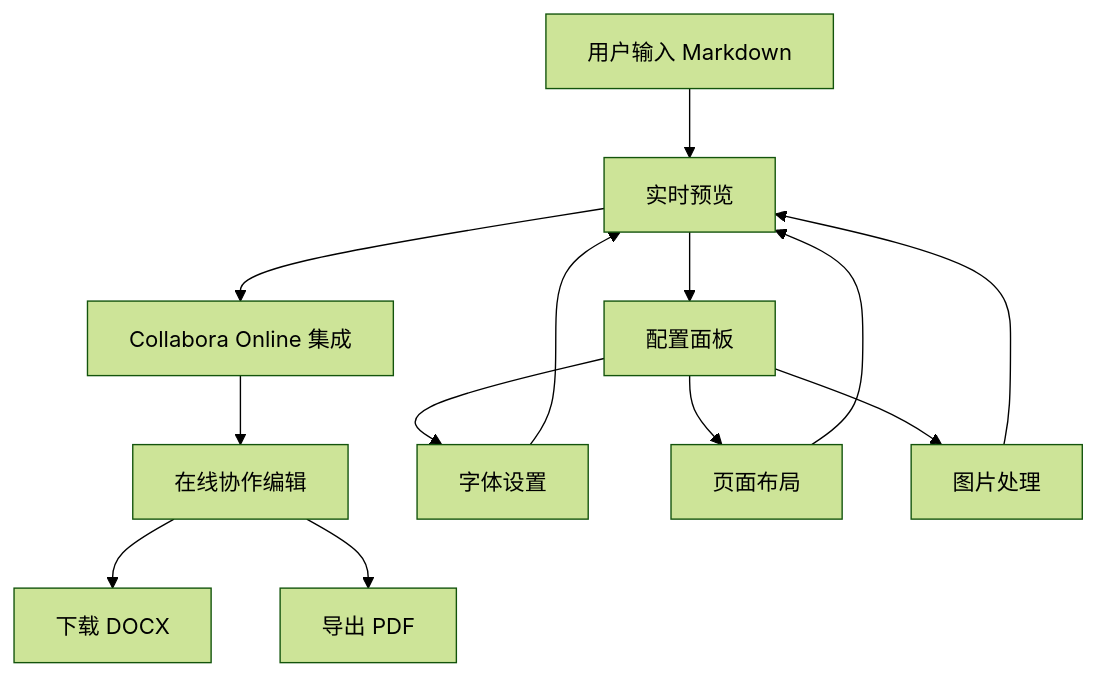
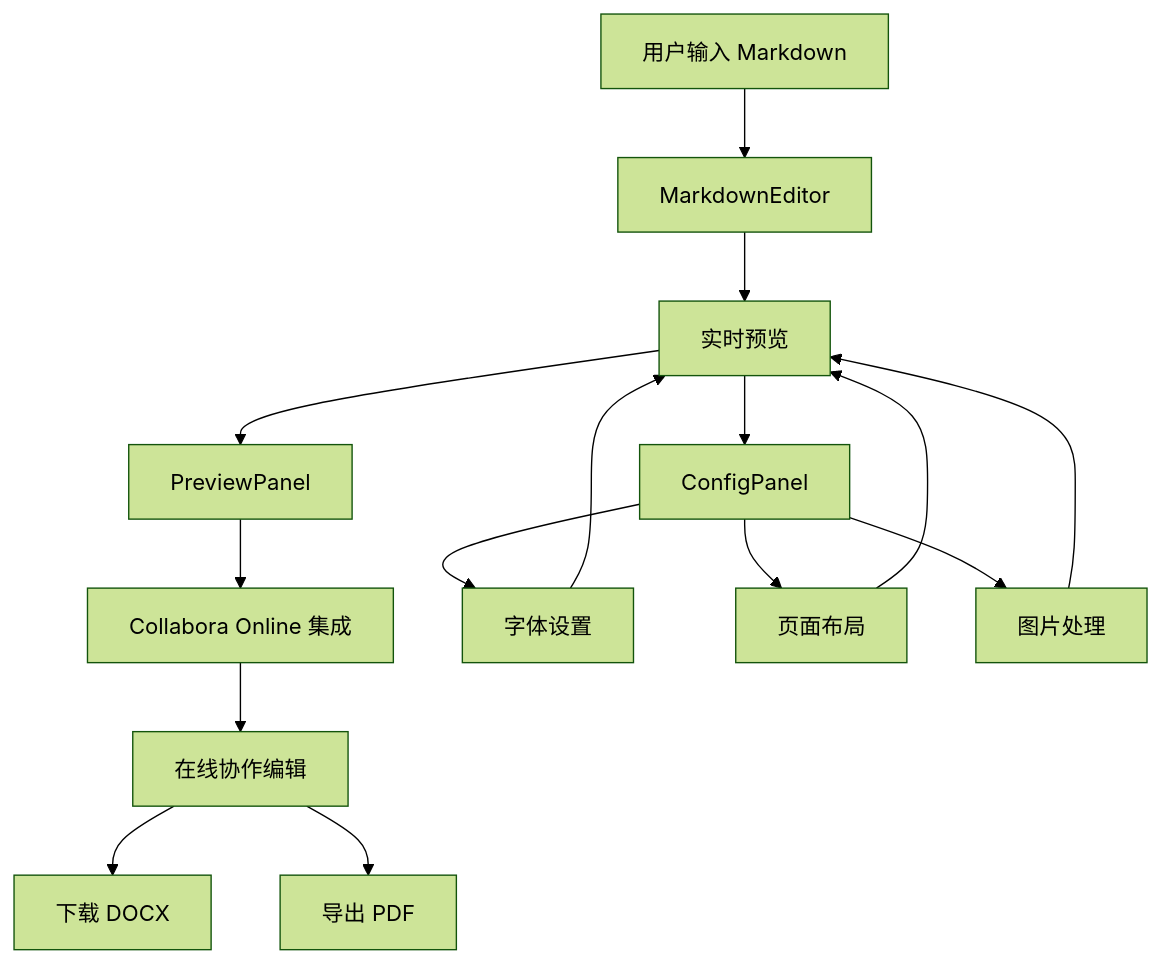
One commit to wanwushelie/markdown-to-word-studio changed the eighth of 9 diagrams in .lingma/repowiki/zh/content/架构设计/Collabora Online 集成.md. Above: the diagram before and after it, drawn with Mermaid (forest theme). The commit also changed other lines of this file and 21 other files, not shown here.

````diff
--- a/.lingma/repowiki/zh/content/架构设计/Collabora Online 集成.md
+++ b/.lingma/repowiki/zh/content/架构设计/Collabora Online 集成.md
@@ -279,15 +374,17 @@
 ```mermaid
 flowchart TD
-A[用户输入 Markdown] --> B[实时预览]
-B --> C[Collabora Online 集成]
-C --> D[在线协作编辑]
-D --> E[下载 DOCX]
-D --> F[导出 PDF]
-G[配置面板] --> H[字体设置]
-G --> I[页面布局]
-G --> J[图片处理]
-B --> G
-H --> B
-I --> B
-J --> B
+A[用户输入 Markdown] --> B[MarkdownEditor]
+B --> C[实时预览]
+C --> D[PreviewPanel]
+D --> E[Collabora Online 集成]
+E --> F[在线协作编辑]
+F --> G[下载 DOCX]
+F --> H[导出 PDF]
+I[ConfigPanel] --> J[字体设置]
+I --> K[页面布局]
+I --> L[图片处理]
+C --> I
+J --> C
+K --> C
+L --> C
 ```
````
